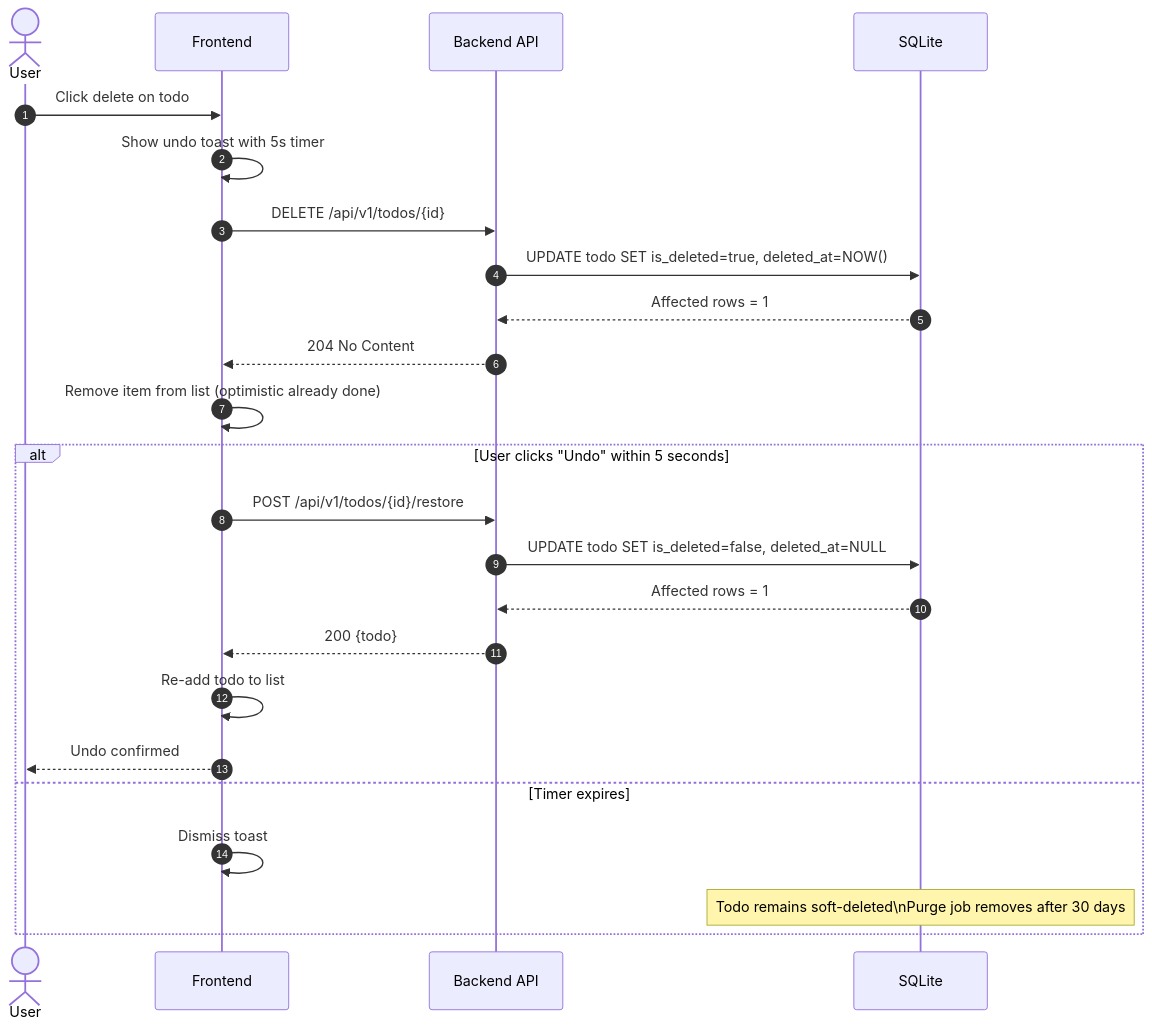
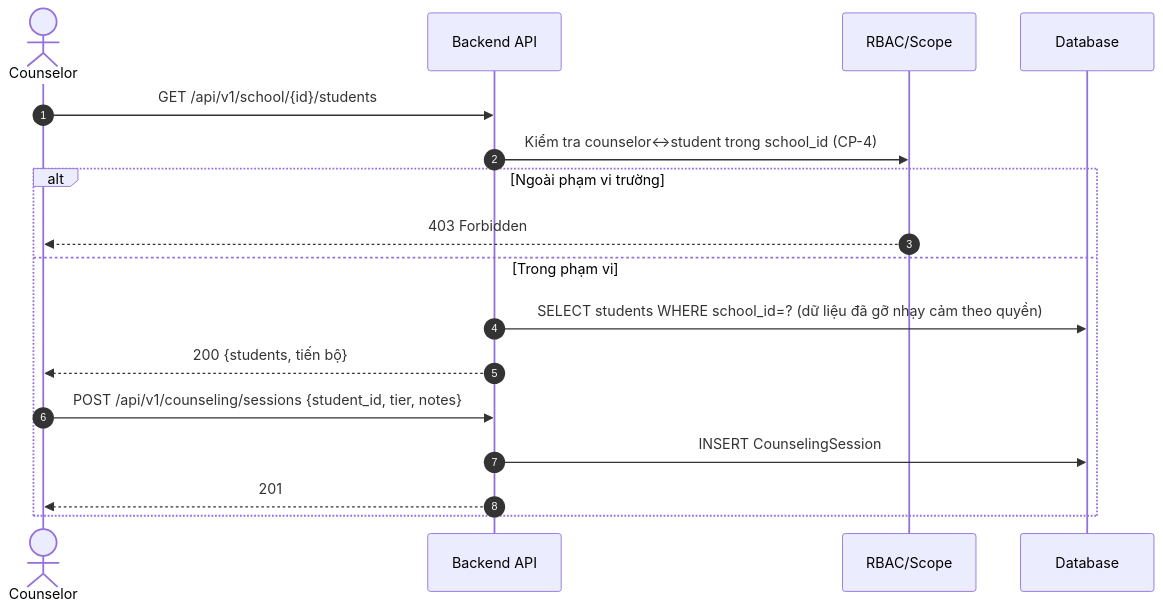
One commit to quangtanfet-commits/weup-career changed the seventh of 8 diagrams in docs/architecture/sequence-diagrams.md. Above: the diagram before and after it, drawn with Mermaid. The commit also changed other lines of this file and 39 other files, not shown here.

````diff
--- a/docs/architecture/sequence-diagrams.md
+++ b/docs/architecture/sequence-diagrams.md
@@ -208,28 +199,20 @@
 ```mermaid
 sequenceDiagram
     autonumber
-    actor U as User
-    participant FE as Frontend
+    actor CO as Counselor
     participant API as Backend API
-    participant DB as SQLite
+    participant AZ as RBAC/Scope
+    participant DB as Database
 
-    U->>FE: Click delete on todo
-    FE->>FE: Show undo toast with 5s timer
-    FE->>API: DELETE /api/v1/todos/{id}
-    API->>DB: UPDATE todo SET is_deleted=true, deleted_at=NOW()
-    DB-->>API: Affected rows = 1
-    API-->>FE: 204 No Content
-    FE->>FE: Remove item from list (optimistic already done)
-
-    alt User clicks "Undo" within 5 seconds
-        FE->>API: POST /api/v1/todos/{id}/restore
-        API->>DB: UPDATE todo SET is_deleted=false, deleted_at=NULL
-        DB-->>API: Affected rows = 1
-        API-->>FE: 200 {todo}
-        FE->>FE: Re-add todo to list
-        FE-->>U: Undo confirmed
-    else Timer expires
-        FE->>FE: Dismiss toast
-        Note over DB: Todo remains soft-deleted\nPurge job removes after 30 days
+    CO->>API: GET /api/v1/school/{id}/students
+    API->>AZ: Kiểm tra counselor↔student trong school_id (CP-4)
+    alt Ngoài phạm vi trường
+        AZ-->>CO: 403 Forbidden
+    else Trong phạm vi
+        API->>DB: SELECT students WHERE school_id=? (dữ liệu đã gỡ nhạy cảm theo quyền)
+        API-->>CO: 200 {students, tiến bộ}
+        CO->>API: POST /api/v1/counseling/sessions {student_id, tier, notes}
+        API->>DB: INSERT CounselingSession
+        API-->>CO: 201
     end
 ```
````
